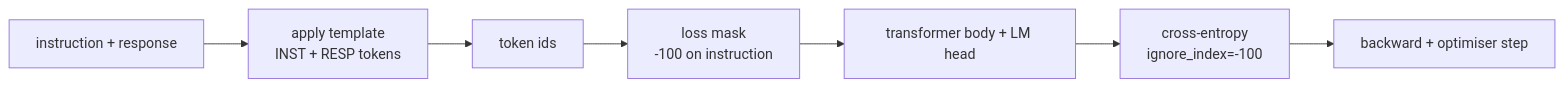
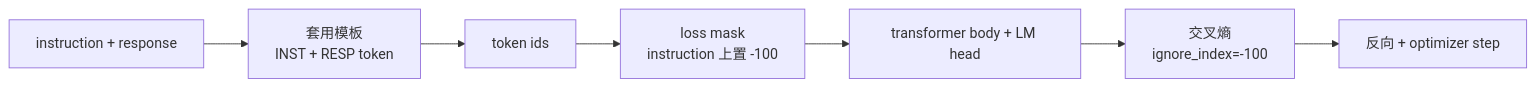
The first of 3 diagrams in phases/19-capstone-projects/39-instruction-tuning-sft/docs/zh.md (JerryC8080/ai-engineering-from-scratch-zh), drawn with Mermaid before and after one commit. The commit also changed other lines of this file and 156 other files, not shown here.

First line of the commit message:
i18n(zh): translate mermaid diagram labels in 157 lesson zh.md

````diff
--- a/phases/19-capstone-projects/39-instruction-tuning-sft/docs/zh.md
+++ b/phases/19-capstone-projects/39-instruction-tuning-sft/docs/zh.md
@@ -36,9 +36,9 @@
 ```mermaid
 flowchart LR
-  Pair[instruction + response] --> Tmpl[apply template<br/>INST + RESP tokens]
+  Pair[instruction + response] --> Tmpl[套用模板<br/>INST + RESP token]
   Tmpl --> Tokens[token ids]
-  Tokens --> Mask[loss mask<br/>-100 on instruction]
+  Tokens --> Mask[loss mask<br/>instruction 上置 -100]
   Mask --> Model[transformer body + LM head]
-  Model --> CE[cross-entropy<br/>ignore_index=-100]
-  CE --> Step[backward + optimiser step]
+  Model --> CE[交叉熵<br/>ignore_index=-100]
+  CE --> Step[反向 + optimizer step]
 ```
````
